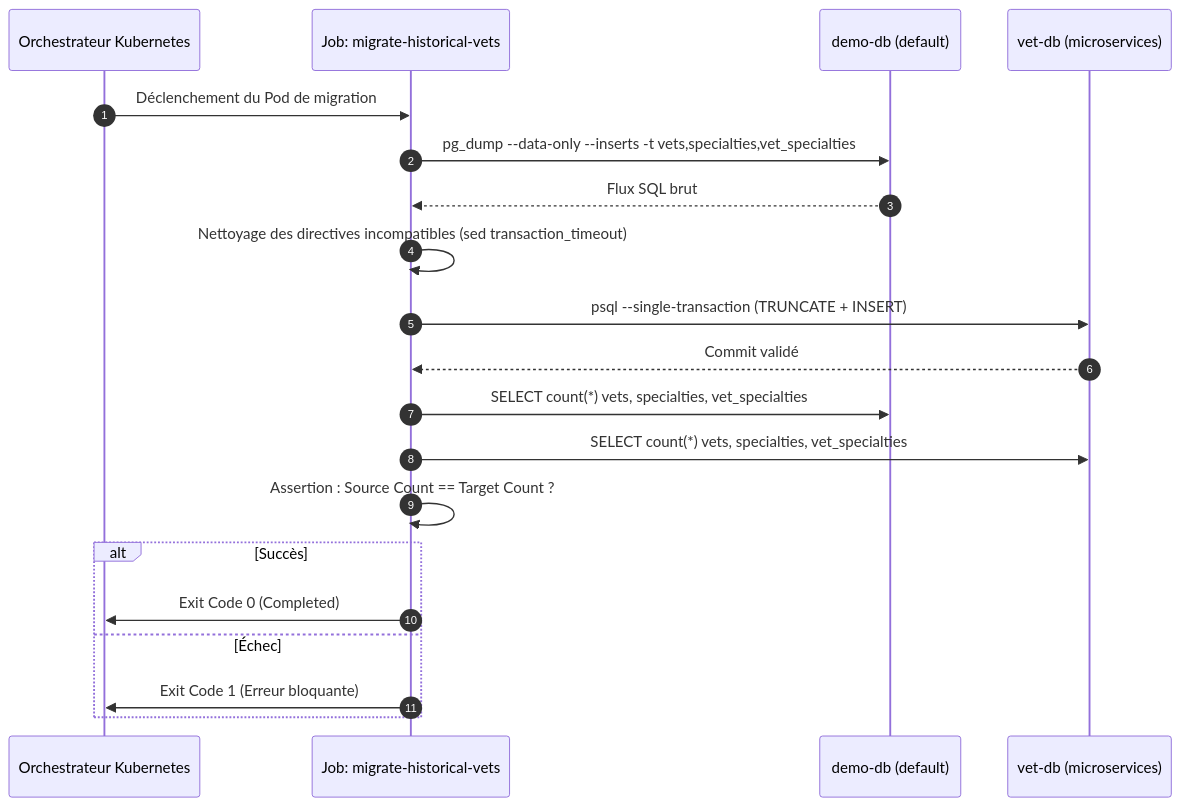
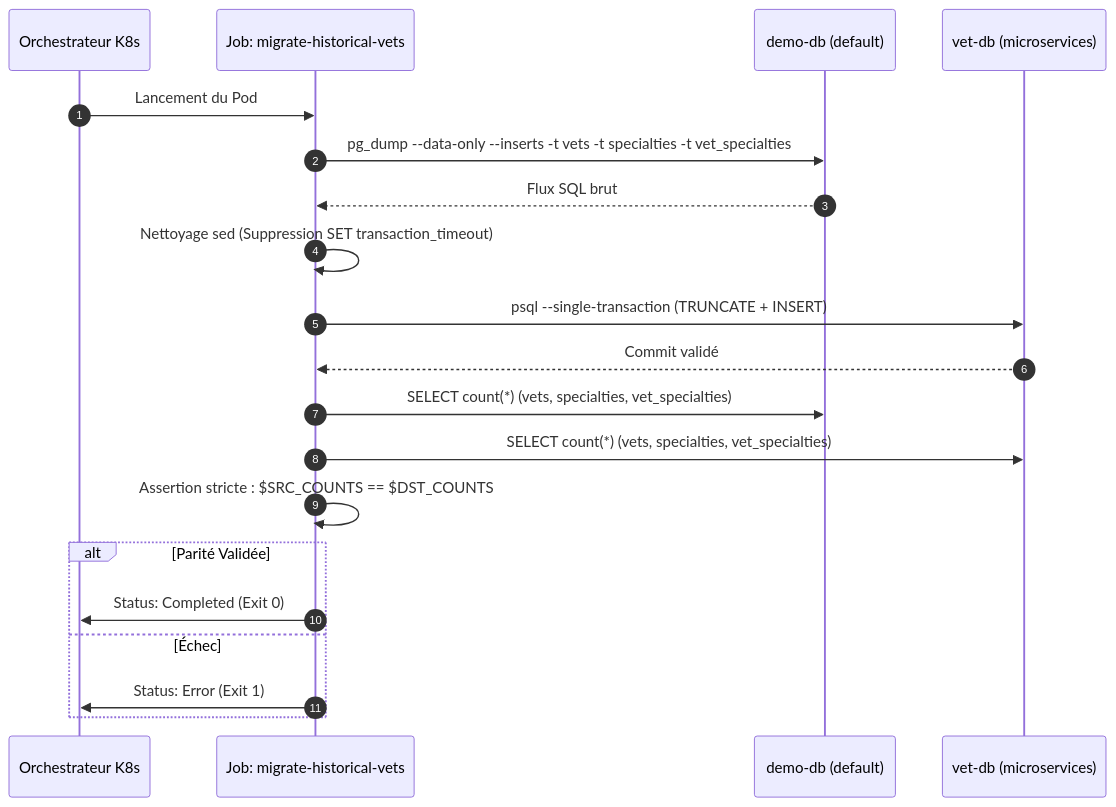
The sixth of 8 diagrams in README.md (abdochiguer/Monolith-to-Microservices-Migration), drawn with Mermaid before and after one commit. The commit also changed other lines of this file, not shown here.

````diff
--- a/README.md
+++ b/README.md
@@ -222,23 +329,23 @@
 ```mermaid
 sequenceDiagram
     autonumber
-    participant K8s as Orchestrateur Kubernetes
+    participant K8s as Orchestrateur K8s
     participant Job as Job: migrate-historical-vets
     participant Src as demo-db (default)
     participant Dst as vet-db (microservices)
 
-    K8s->>Job: Déclenchement du Pod de migration
-    Job->>Src: pg_dump --data-only --inserts -t vets,specialties,vet_specialties
+    K8s->>Job: Lancement du Pod
+    Job->>Src: pg_dump --data-only --inserts -t vets -t specialties -t vet_specialties
     Src-->>Job: Flux SQL brut
-    Job->>Job: Nettoyage des directives incompatibles (sed transaction_timeout)
+    Job->>Job: Nettoyage sed (Suppression SET transaction_timeout)
     Job->>Dst: psql --single-transaction (TRUNCATE + INSERT)
     Dst-->>Job: Commit validé
-    Job->>Src: SELECT count(*) vets, specialties, vet_specialties
-    Job->>Dst: SELECT count(*) vets, specialties, vet_specialties
-    Job->>Job: Assertion : Source Count == Target Count ?
-    alt Succès
-        Job->>K8s: Exit Code 0 (Completed)
+    Job->>Src: SELECT count(*) (vets, specialties, vet_specialties)
+    Job->>Dst: SELECT count(*) (vets, specialties, vet_specialties)
+    Job->>Job: Assertion stricte : $SRC_COUNTS == $DST_COUNTS
+    alt Parité Validée
+        Job->>K8s: Status: Completed (Exit 0)
     else Échec
-        Job->>K8s: Exit Code 1 (Erreur bloquante)
+        Job->>K8s: Status: Error (Exit 1)
     end
 ```
````
